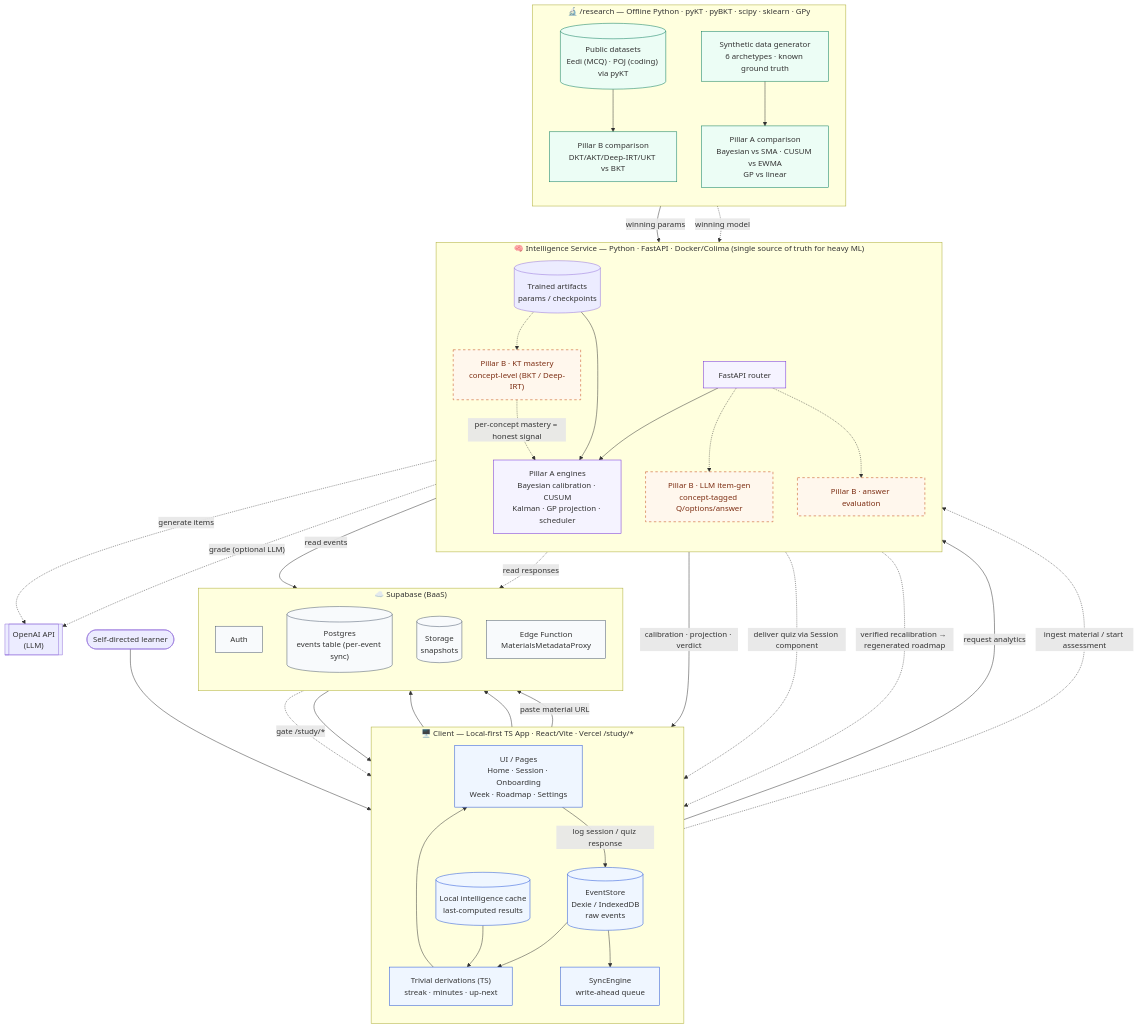
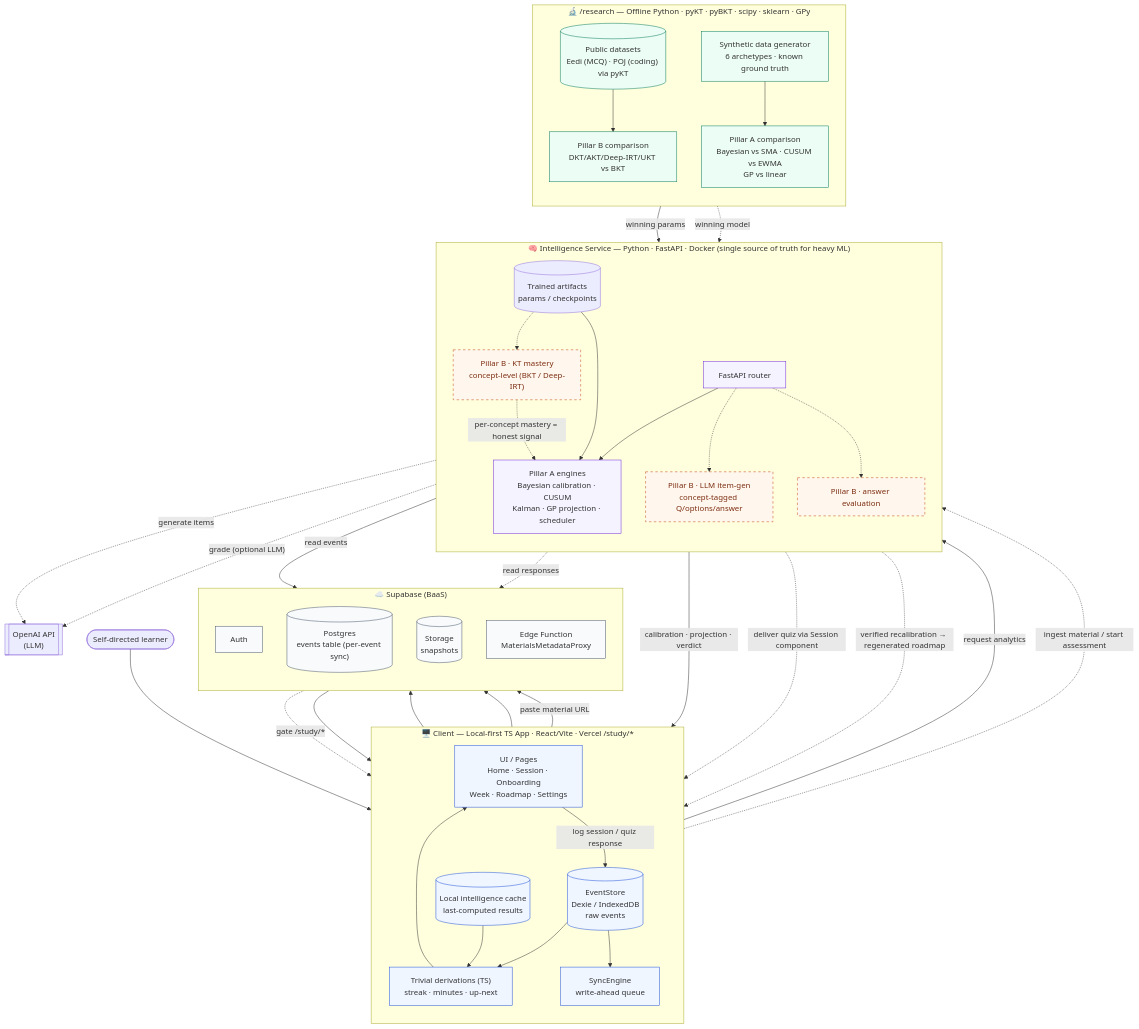
The diagram in design/architecture.md (rings0fsaturn/study-planner), drawn with Mermaid before and after one commit. The commit also changed 13 other files, not shown here.

```diff
--- a/design/architecture.md
+++ b/design/architecture.md
@@ -30,7 +30,7 @@
     end
 
     %% ===================== INTELLIGENCE SERVICE =====================
-    subgraph SVC["🧠 Intelligence Service — Python · FastAPI · Docker/Colima  (single source of truth for heavy ML)"]
+    subgraph SVC["🧠 Intelligence Service — Python · FastAPI · Docker  (single source of truth for heavy ML)"]
         direction TB
         API["FastAPI router"]
         PA["Pillar A engines<br/>Bayesian calibration · CUSUM<br/>Kalman · GP projection · scheduler"]
```
